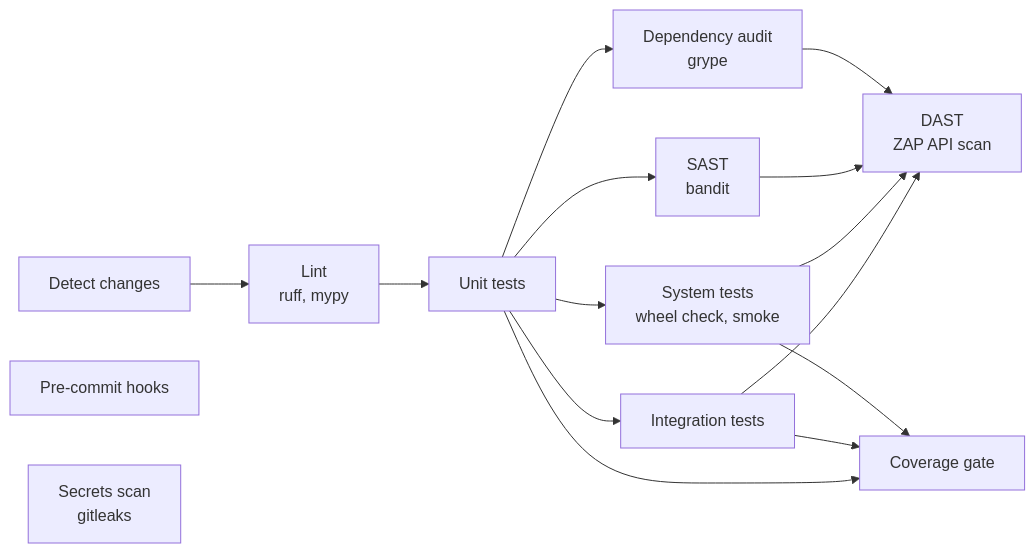
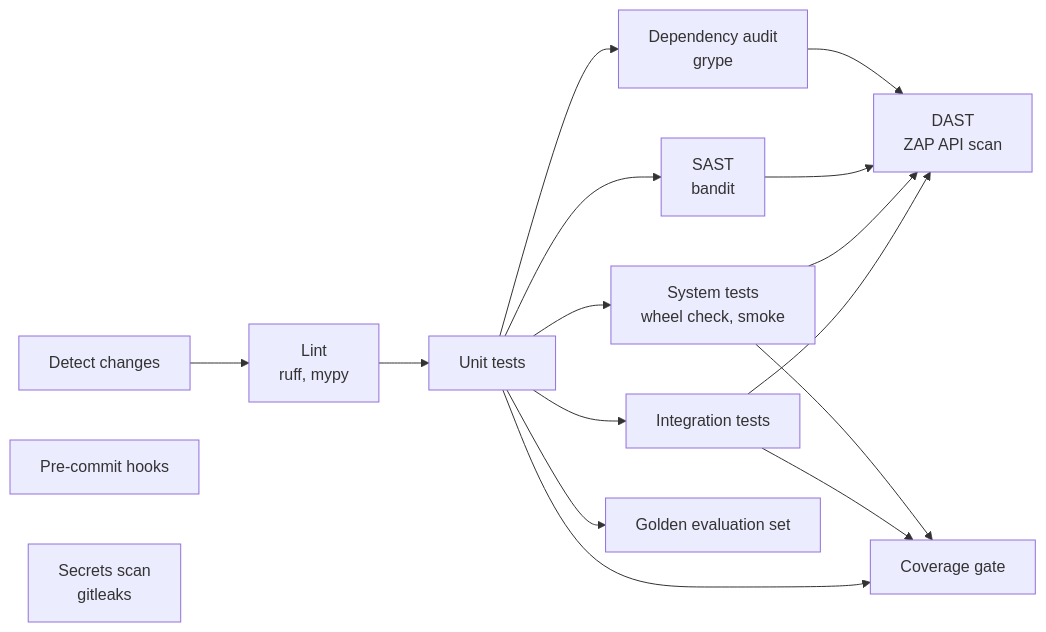
The diagram in docs/design/0001-ci-pipeline.md (madduri-ops/PEJIP), drawn with Mermaid before and after one commit. The commit also changed other lines of this file and 47 other files, not shown here.

First line of the commit message:
Add golden evaluation set and harness for rankings (#14)

````diff
--- a/docs/design/0001-ci-pipeline.md
+++ b/docs/design/0001-ci-pipeline.md
@@ -20,18 +20,19 @@
 ```mermaid
 flowchart LR
     changes[Detect changes] --> lint[Lint<br/>ruff, mypy]
     lint --> unit[Unit tests]
     unit --> integration[Integration tests]
     unit --> system[System tests<br/>wheel check, smoke]
     unit --> sast[SAST<br/>bandit]
     unit --> deps[Dependency audit<br/>grype]
     integration --> dast[DAST<br/>ZAP API scan]
     system --> dast
     sast --> dast
     deps --> dast
+    unit --> eval[Golden evaluation set]
     unit --> cov[Coverage gate]
     integration --> cov
     system --> cov
     hooks[Pre-commit hooks]
     secrets[Secrets scan<br/>gitleaks]
 ```
````
